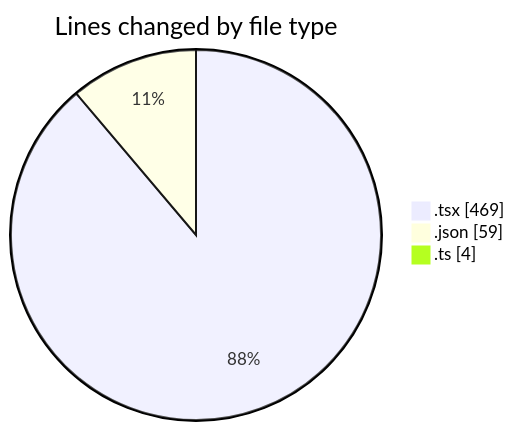
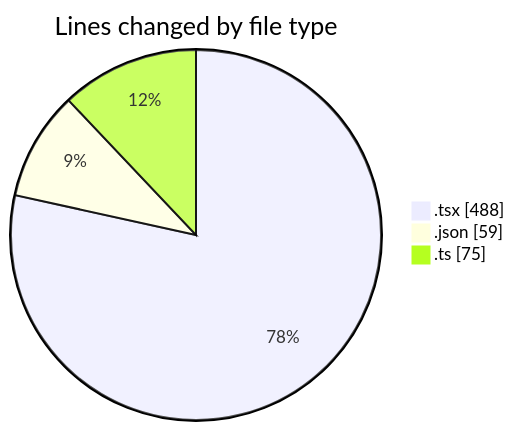
Before and after one commit to momahboobian/code-tracking: the first of 2 diagrams in 2025-11-24/cda/README.md, drawn with Mermaid. The commit also changed other lines of this file and 1 other file, not shown here.

````diff
--- a/2025-11-24/cda/README.md
+++ b/2025-11-24/cda/README.md
@@ -23,7 +24,7 @@
 ```mermaid
 pie showData
 title Lines changed by file type
-".tsx" : 469
+".tsx" : 488
 ".json" : 59
-".ts" : 4
+".ts" : 75
 ```
````
